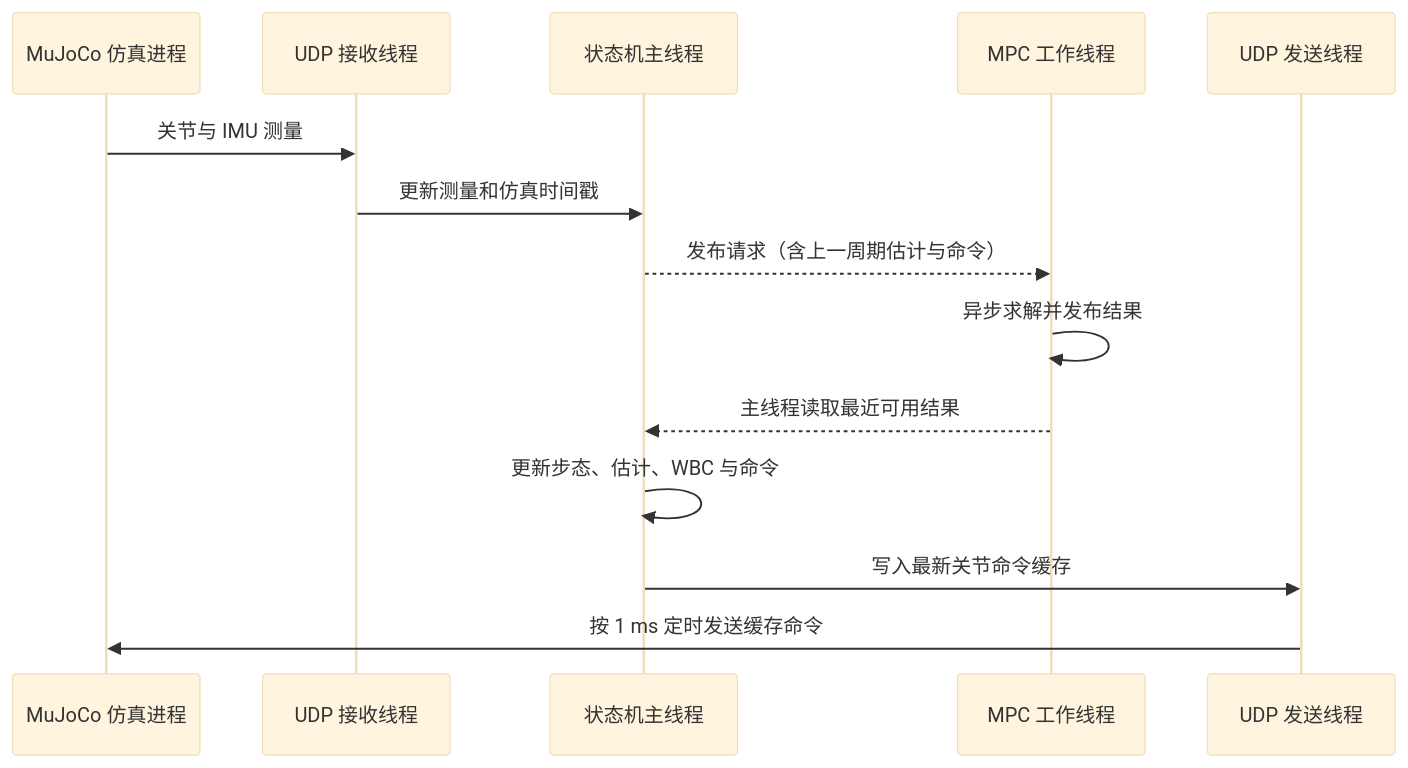
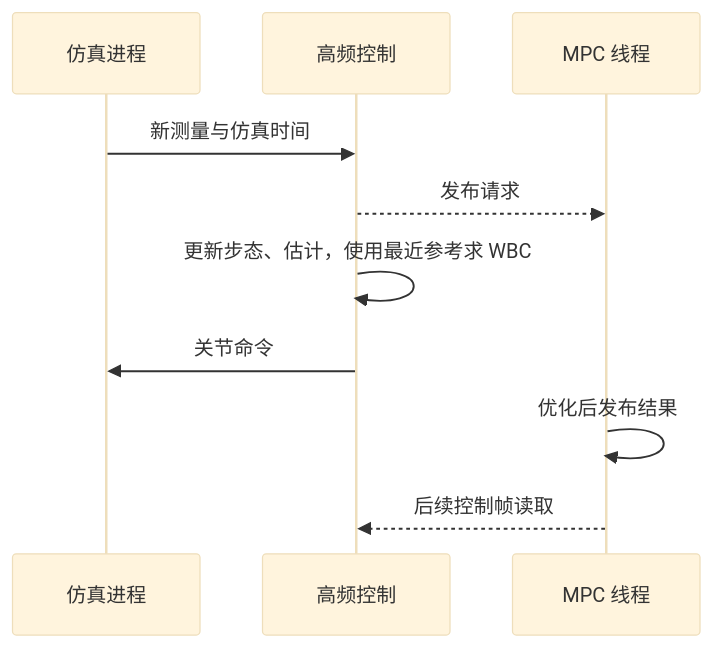
One commit to yingjian-peng/Lite3_MPC-WBC_project changed the second of 2 diagrams in docs/03_基于MPC+WBC的四足狗运动控制理论与实现.md. Above: the diagram before and after it, drawn with Mermaid (base theme). The commit also changed other lines of this file and 1 other file, not shown here.

````diff
--- a/docs/03_基于MPC+WBC的四足狗运动控制理论与实现.md
+++ b/docs/03_基于MPC+WBC的四足狗运动控制理论与实现.md
@@ -639,16 +990,12 @@
 ```mermaid
 sequenceDiagram
-    participant Sim as MuJoCo 仿真进程
-    participant RX as UDP 接收线程
-    participant Main as 状态机主线程
-    participant MPC as MPC 工作线程
-    participant TX as UDP 发送线程
-    Sim->>RX: 关节与 IMU 测量
-    RX->>Main: 更新测量和仿真时间戳
-    Main-->>MPC: 发布请求（含上一周期估计与命令）
-    MPC->>MPC: 异步求解并发布结果
-    MPC-->>Main: 主线程读取最近可用结果
-    Main->>Main: 更新步态、估计、WBC 与命令
-    Main->>TX: 写入最新关节命令缓存
-    TX->>Sim: 按 1 ms 定时发送缓存命令
+    participant Sim as 仿真进程
+    participant Main as 高频控制
+    participant MPC as MPC 线程
+    Sim->>Main: 新测量与仿真时间
+    Main-->>MPC: 发布请求
+    Main->>Main: 更新步态、估计，使用最近参考求 WBC
+    Main->>Sim: 关节命令
+    MPC->>MPC: 优化后发布结果
+    MPC-->>Main: 后续控制帧读取
 ```
````
